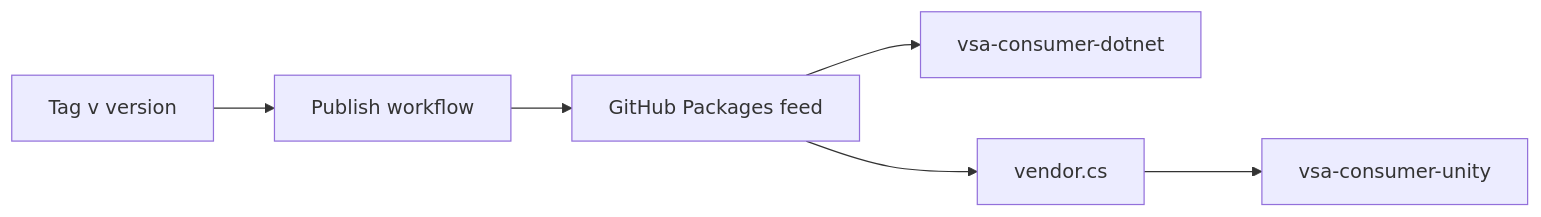
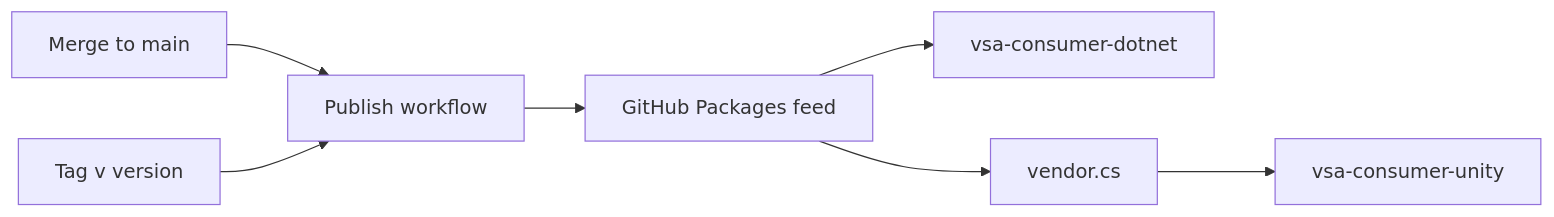
The diagram in docs/consumers.md (MgCohen/vsa-template), drawn with Mermaid before and after one commit. The commit also changed other lines of this file and 2 other files, not shown here.

First line of the commit message:
Push the preview tag before the packages, and update the release docs

````diff
--- a/docs/consumers.md
+++ b/docs/consumers.md
@@ -7,8 +7,9 @@
 ```mermaid
 flowchart LR
-    T[Tag v version] --> W[Publish workflow]
+    M[Merge to main] --> W[Publish workflow]
+    T[Tag v version] --> W
     W --> F[GitHub Packages feed]
     F --> D[vsa-consumer-dotnet]
     F --> V[vendor.cs]
     V --> U[vsa-consumer-unity]
 ```
````
